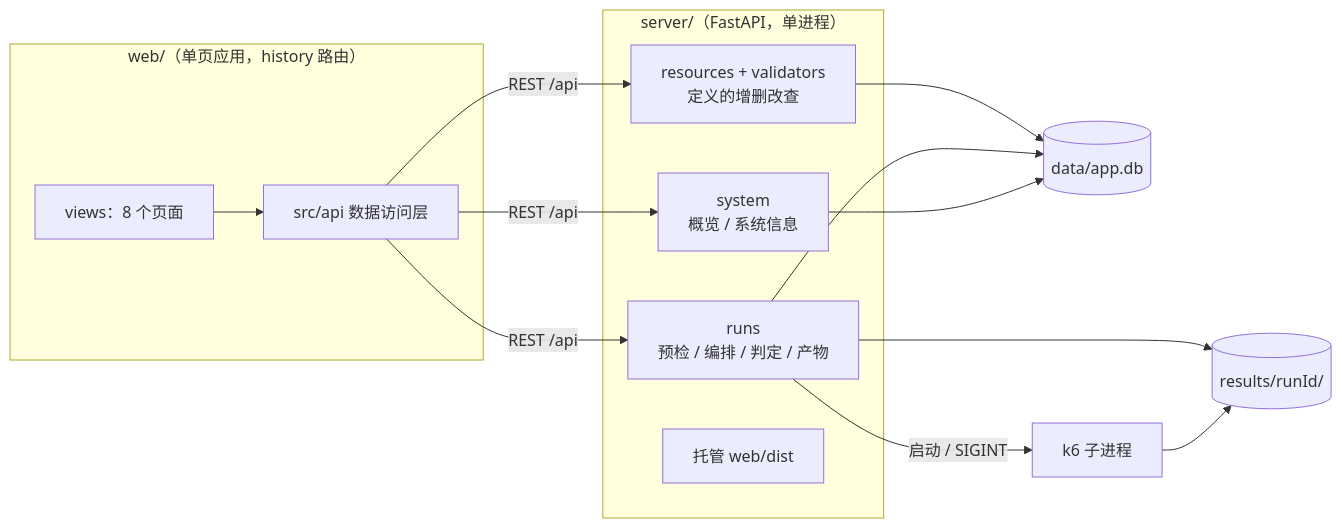
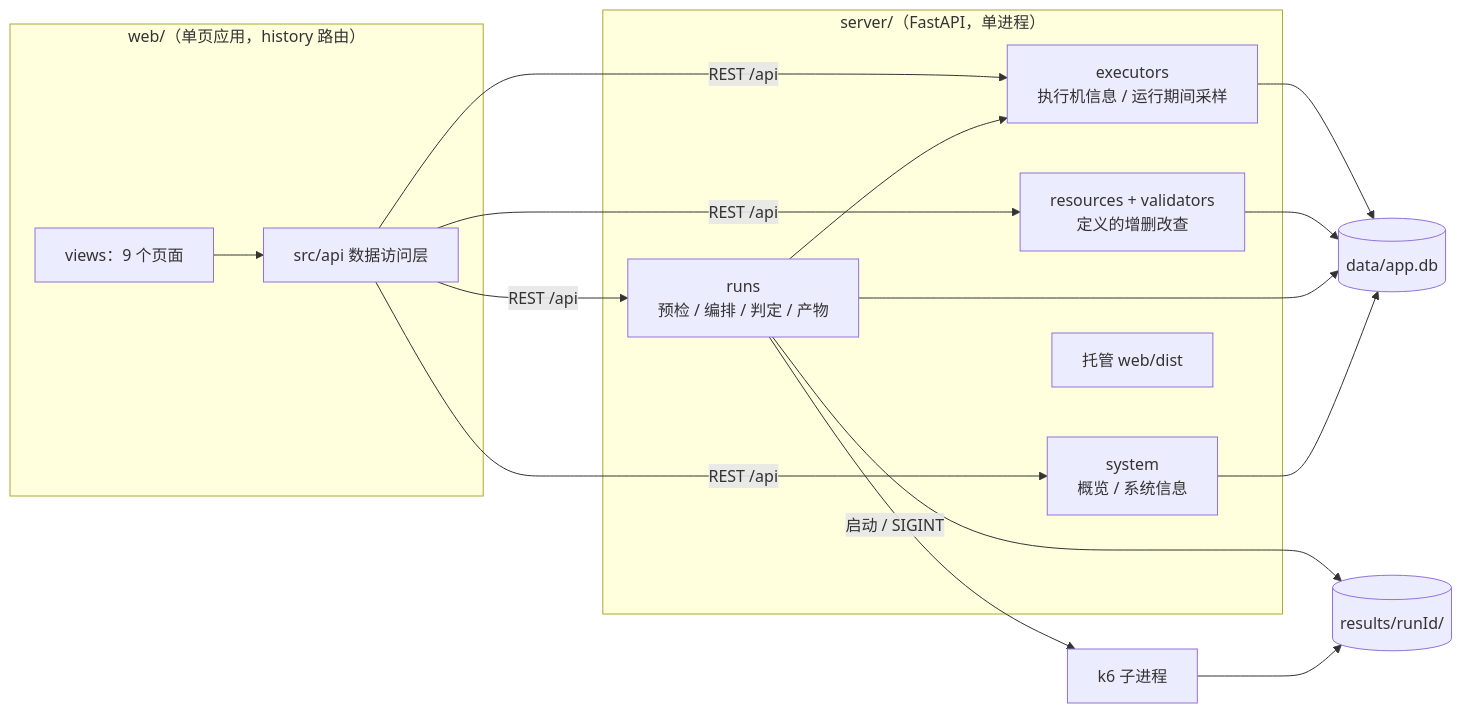
One commit to Leibiner/AI-Performance-Engineering changed the seventh of 8 diagrams in docs/ARCHITECTURE.md. Above: the diagram before and after it, drawn with Mermaid. The commit also changed other lines of this file and 32 other files, not shown here.

````diff
--- a/docs/ARCHITECTURE.md
+++ b/docs/ARCHITECTURE.md
@@ -944,22 +956,25 @@
 ```mermaid
 flowchart LR
     subgraph WEB["web/（单页应用，history 路由）"]
-        PAGES["views：8 个页面"] --> APIC["src/api 数据访问层"]
+        PAGES["views：9 个页面"] --> APIC["src/api 数据访问层"]
     end
     subgraph SRV["server/（FastAPI，单进程）"]
         RESR["resources + validators<br/>定义的增删改查"]
         RUNS["runs<br/>预检 / 编排 / 判定 / 产物"]
+        EXE["executors<br/>执行机信息 / 运行期间采样"]
         SYS["system<br/>概览 / 系统信息"]
         STATIC["托管 web/dist"]
     end
     DB[("data/app.db")]
     FS[("results/runId/")]
     K6["k6 子进程"]
-    APIC -->|"REST /api"| RESR & RUNS & SYS
+    APIC -->|"REST /api"| RESR & RUNS & EXE & SYS
+    RUNS --> EXE
+    EXE --> DB
     RESR --> DB
     RUNS --> DB
     SYS --> DB
     RUNS --> FS
     RUNS -->|启动 / SIGINT| K6
     K6 --> FS
 ```
````
